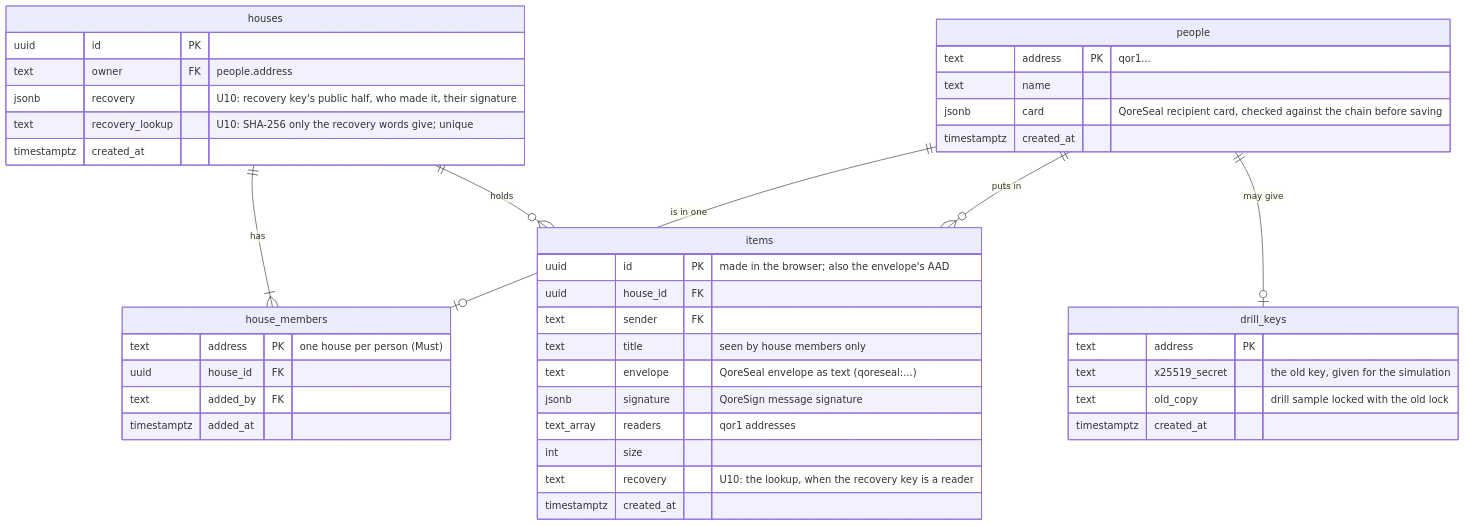
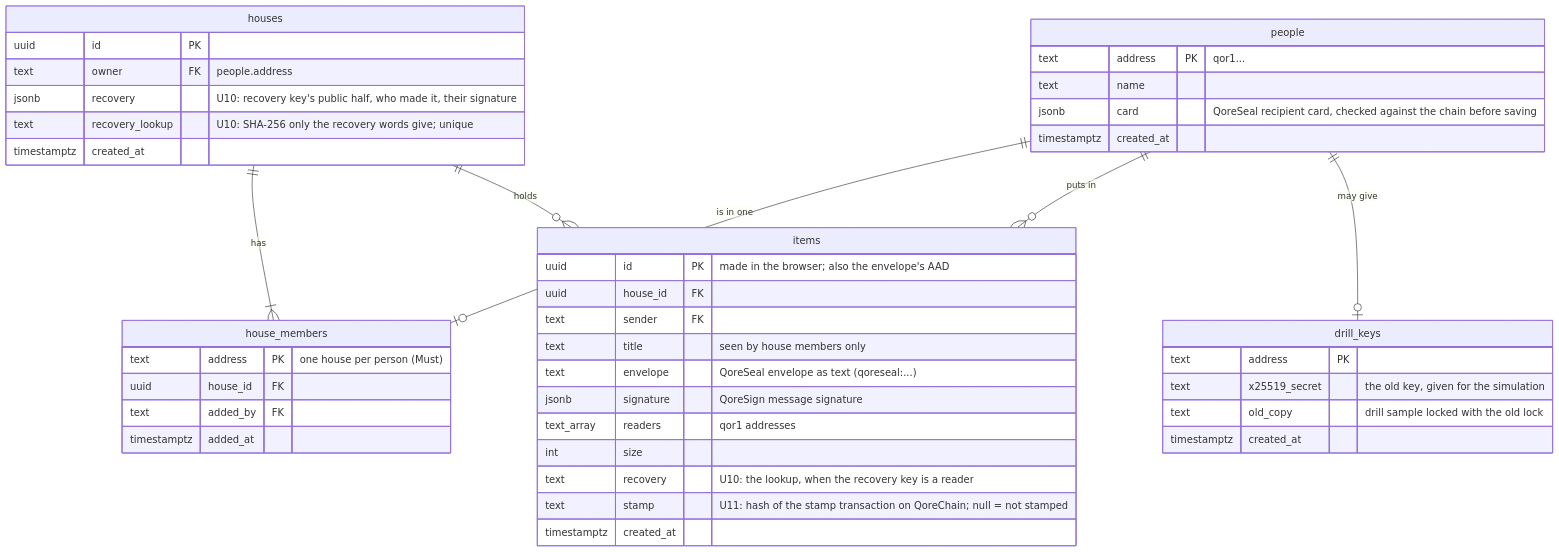
One commit to ervhint/lockhouse changed the diagram in docs/PLAN.md. Above: the diagram before and after it, drawn with Mermaid. The commit also changed other lines of this file and 20 other files, not shown here.

````diff
--- a/docs/PLAN.md
+++ b/docs/PLAN.md
@@ -96,45 +96,46 @@
 ```mermaid
 erDiagram
   people ||--o| house_members : "is in one"
   houses ||--|{ house_members : has
   houses ||--o{ items : holds
   people ||--o{ items : "puts in"
   people ||--o| drill_keys : "may give"
   people {
     text address PK "qor1..."
     text name
     jsonb card "QoreSeal recipient card, checked against the chain before saving"
     timestamptz created_at
   }
   houses {
     uuid id PK
     text owner FK "people.address"
     jsonb recovery "U10: recovery key's public half, who made it, their signature"
     text recovery_lookup "U10: SHA-256 only the recovery words give; unique"
     timestamptz created_at
   }
   house_members {
     text address PK "one house per person (Must)"
     uuid house_id FK
     text added_by FK
     timestamptz added_at
   }
   items {
     uuid id PK "made in the browser; also the envelope's AAD"
     uuid house_id FK
     text sender FK
     text title "seen by house members only"
     text envelope "QoreSeal envelope as text (qoreseal:...)"
     jsonb signature "QoreSign message signature"
     text_array readers "qor1 addresses"
     int size
     text recovery "U10: the lookup, when the recovery key is a reader"
+    text stamp "U11: hash of the stamp transaction on QoreChain; null = not stamped"
     timestamptz created_at
   }
   drill_keys {
     text address PK
     text x25519_secret "the old key, given for the simulation"
     text old_copy "drill sample locked with the old lock"
     timestamptz created_at
   }
 ```
````
